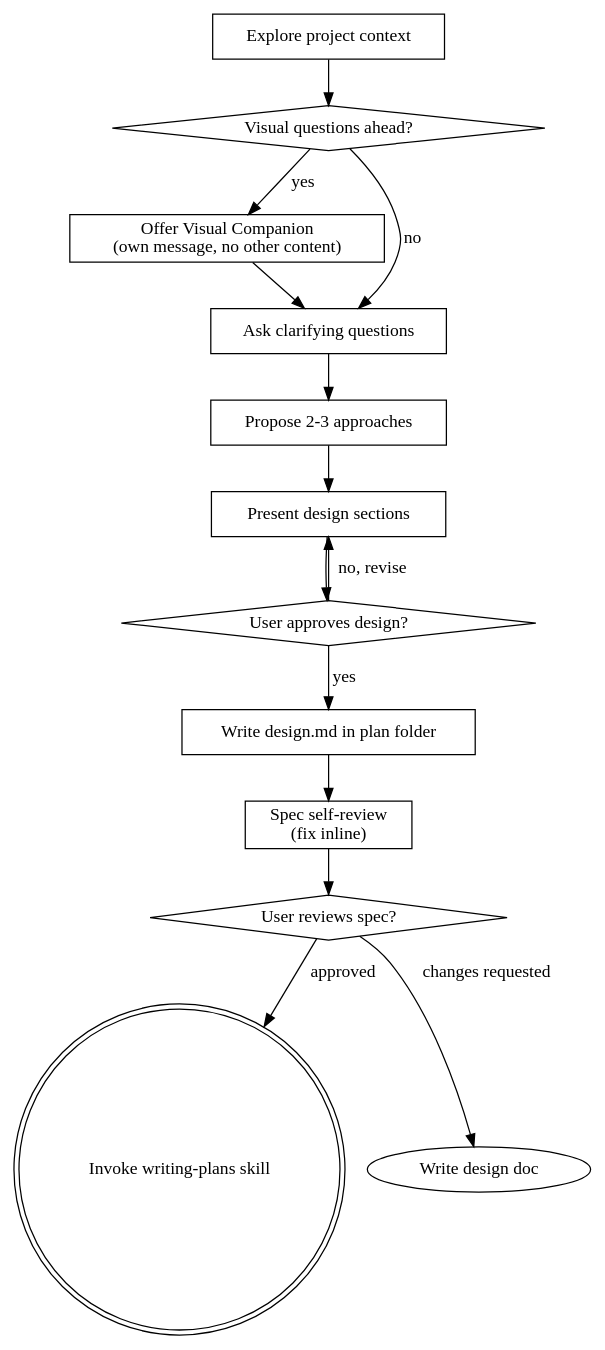
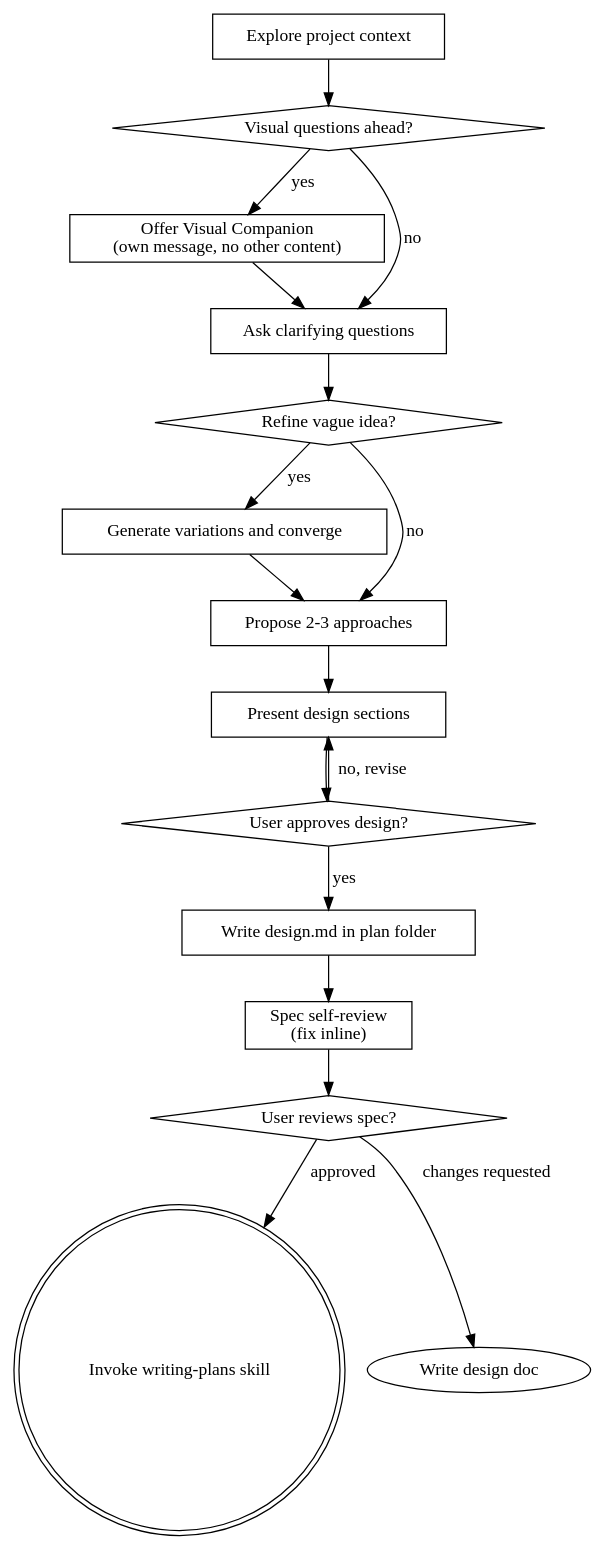
Before and after one commit to hiennguyen9874/pi-starter-kit: the diagram in .pi/skills/brainstorming/SKILL.md, drawn with Graphviz. The commit also changed other lines of this file and 61 other files, not shown here.

````diff
--- a/.pi/skills/brainstorming/SKILL.md
+++ b/.pi/skills/brainstorming/SKILL.md
@@ -36,29 +37,34 @@
 ```dot
 digraph brainstorming {
     "Explore project context" [shape=box];
     "Visual questions ahead?" [shape=diamond];
     "Offer Visual Companion\n(own message, no other content)" [shape=box];
     "Ask clarifying questions" [shape=box];
+    "Refine vague idea?" [shape=diamond];
+    "Generate variations and converge" [shape=box];
     "Propose 2-3 approaches" [shape=box];
     "Present design sections" [shape=box];
     "User approves design?" [shape=diamond];
     "Write design.md in plan folder" [shape=box];
     "Spec self-review\n(fix inline)" [shape=box];
     "User reviews spec?" [shape=diamond];
     "Invoke writing-plans skill" [shape=doublecircle];
 
     "Explore project context" -> "Visual questions ahead?";
     "Visual questions ahead?" -> "Offer Visual Companion\n(own message, no other content)" [label="yes"];
     "Visual questions ahead?" -> "Ask clarifying questions" [label="no"];
     "Offer Visual Companion\n(own message, no other content)" -> "Ask clarifying questions";
-    "Ask clarifying questions" -> "Propose 2-3 approaches";
+    "Ask clarifying questions" -> "Refine vague idea?";
+    "Refine vague idea?" -> "Generate variations and converge" [label="yes"];
+    "Refine vague idea?" -> "Propose 2-3 approaches" [label="no"];
+    "Generate variations and converge" -> "Propose 2-3 approaches";
     "Propose 2-3 approaches" -> "Present design sections";
     "Present design sections" -> "User approves design?";
     "User approves design?" -> "Present design sections" [label="no, revise"];
     "User approves design?" -> "Write design.md in plan folder" [label="yes"];
     "Write design.md in plan folder" -> "Spec self-review\n(fix inline)";
     "Spec self-review\n(fix inline)" -> "User reviews spec?";
     "User reviews spec?" -> "Write design doc" [label="changes requested"];
     "User reviews spec?" -> "Invoke writing-plans skill" [label="approved"];
 }
 ```
````
